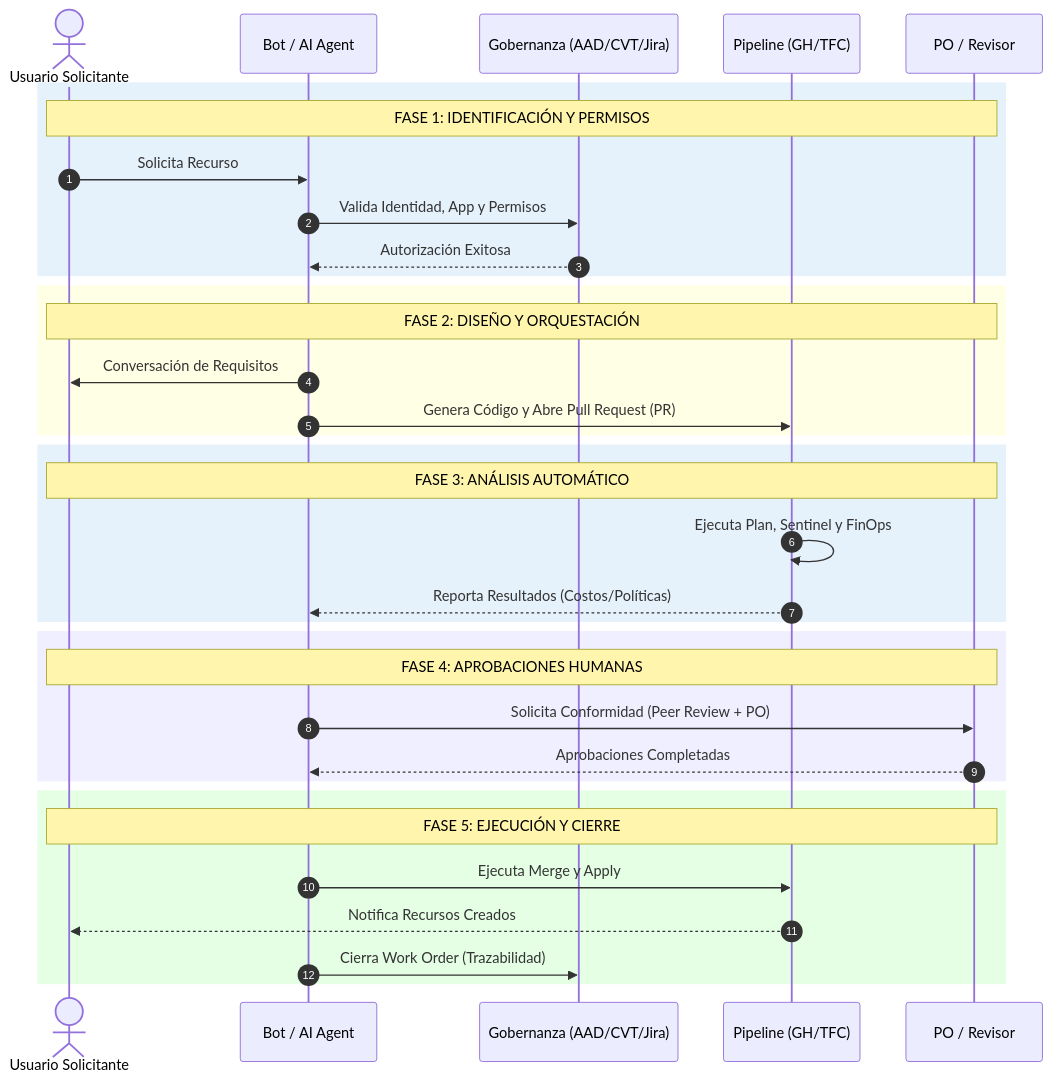
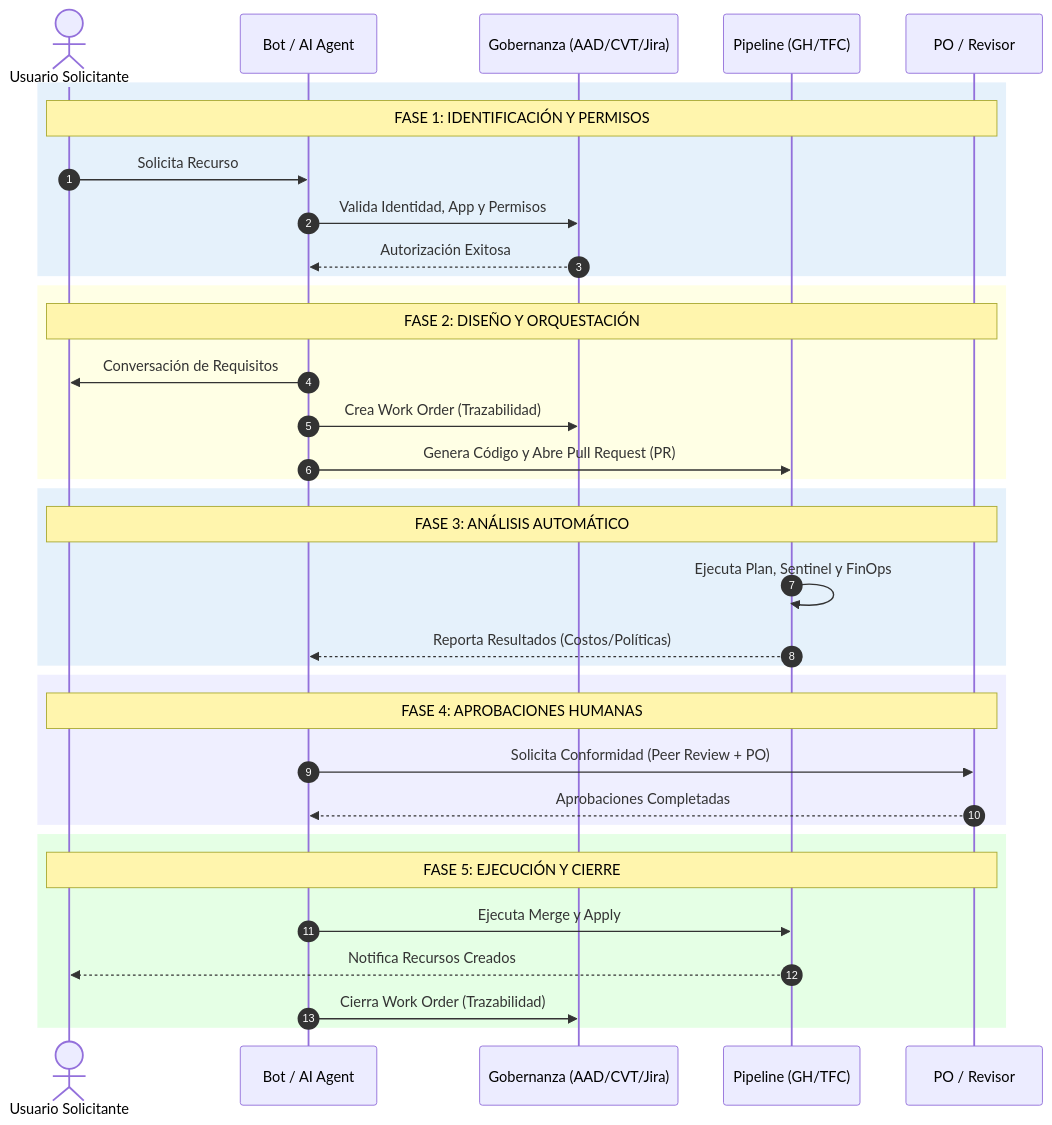
The first of 5 diagrams in README.md (elamolina2013/diagram), drawn with Mermaid before and after one commit.

````diff
--- a/README.md
+++ b/README.md
@@ -11,43 +11,44 @@
 ```mermaid
 sequenceDiagram
     autonumber
     
     %% Configuración de colores agnósticos al tema
     actor Dev as Usuario Solicitante
     participant Bot as Bot / AI Agent
     participant Gov as Gobernanza (AAD/CVT/Jira)
     participant GitOps as Pipeline (GH/TFC)
     participant Aprobador as PO / Revisor
 
     rect rgba(0, 120, 215, 0.1)
         Note over Dev, Aprobador: FASE 1: IDENTIFICACIÓN Y PERMISOS
         Dev->>Bot: Solicita Recurso
         Bot->>Gov: Valida Identidad, App y Permisos
         Gov-->>Bot: Autorización Exitosa
     end
 
     rect rgba(255, 255, 0, 0.1)
         Note over Dev, Aprobador: FASE 2: DISEÑO Y ORQUESTACIÓN
         Bot->>Dev: Conversación de Requisitos
+        Bot->>Gov: Crea Work Order (Trazabilidad)
         Bot->>GitOps: Genera Código y Abre Pull Request (PR)
     end
 
     rect rgba(0, 120, 215, 0.1)
         Note over Dev, Aprobador: FASE 3: ANÁLISIS AUTOMÁTICO
         GitOps->>GitOps: Ejecuta Plan, Sentinel y FinOps
         GitOps-->>Bot: Reporta Resultados (Costos/Políticas)
     end
 
     rect rgba(100, 100, 255, 0.1)
         Note over Dev, Aprobador: FASE 4: APROBACIONES HUMANAS
         Bot->>Aprobador: Solicita Conformidad (Peer Review + PO)
         Aprobador-->>Bot: Aprobaciones Completadas
     end
 
     rect rgba(0, 255, 0, 0.1)
         Note over Dev, Aprobador: FASE 5: EJECUCIÓN Y CIERRE
         Bot->>GitOps: Ejecuta Merge y Apply
         GitOps-->>Dev: Notifica Recursos Creados
         Bot->>Gov: Cierra Work Order (Trazabilidad)
     end
 ```
````
